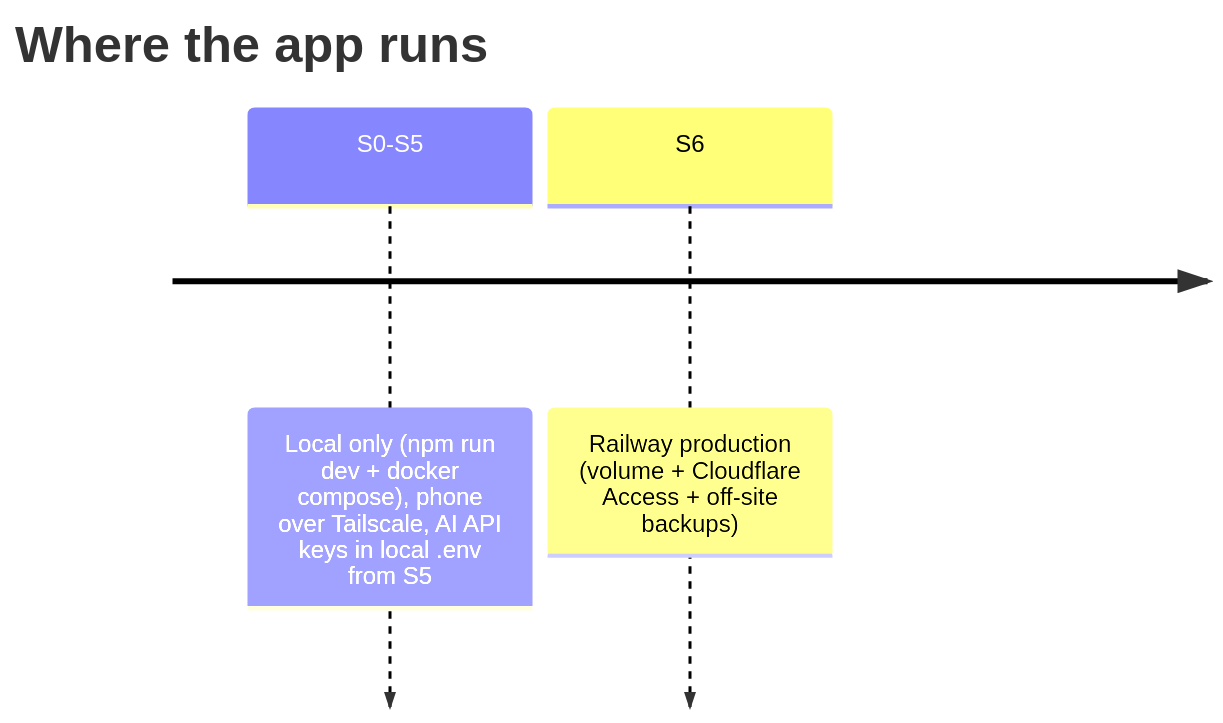
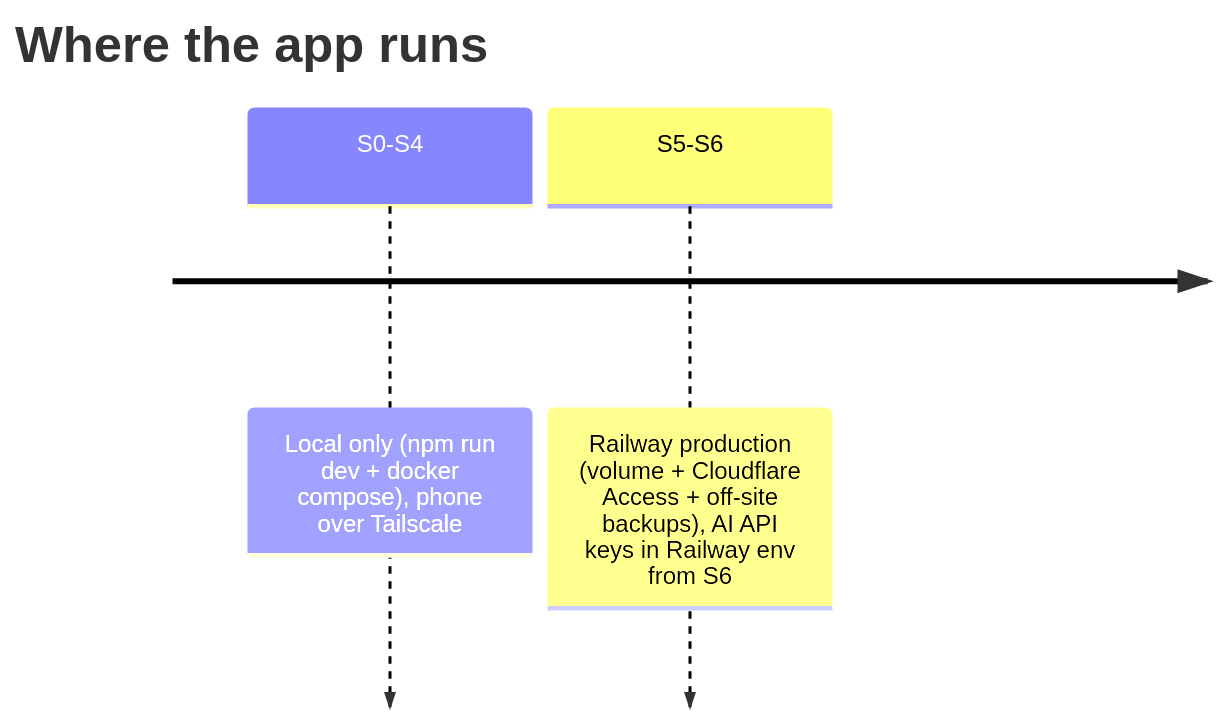
One commit to micheltsarasoa/nutrigo changed the second of 2 diagrams in docs/roadmap.md. Above: the diagram before and after it, drawn with Mermaid. The commit also changed other lines of this file and 7 other files, not shown here.

````diff
--- a/docs/roadmap.md
+++ b/docs/roadmap.md
@@ -38,6 +40,6 @@
 ```mermaid
 timeline
     title Where the app runs
-    S0-S5 : Local only (npm run dev + docker compose), phone over Tailscale, AI API keys in local .env from S5
-    S6 : Railway production (volume + Cloudflare Access + off-site backups)
+    S0-S4 : Local only (npm run dev + docker compose), phone over Tailscale
+    S5-S6 : Railway production (volume + Cloudflare Access + off-site backups), AI API keys in Railway env from S6
 ```
````
